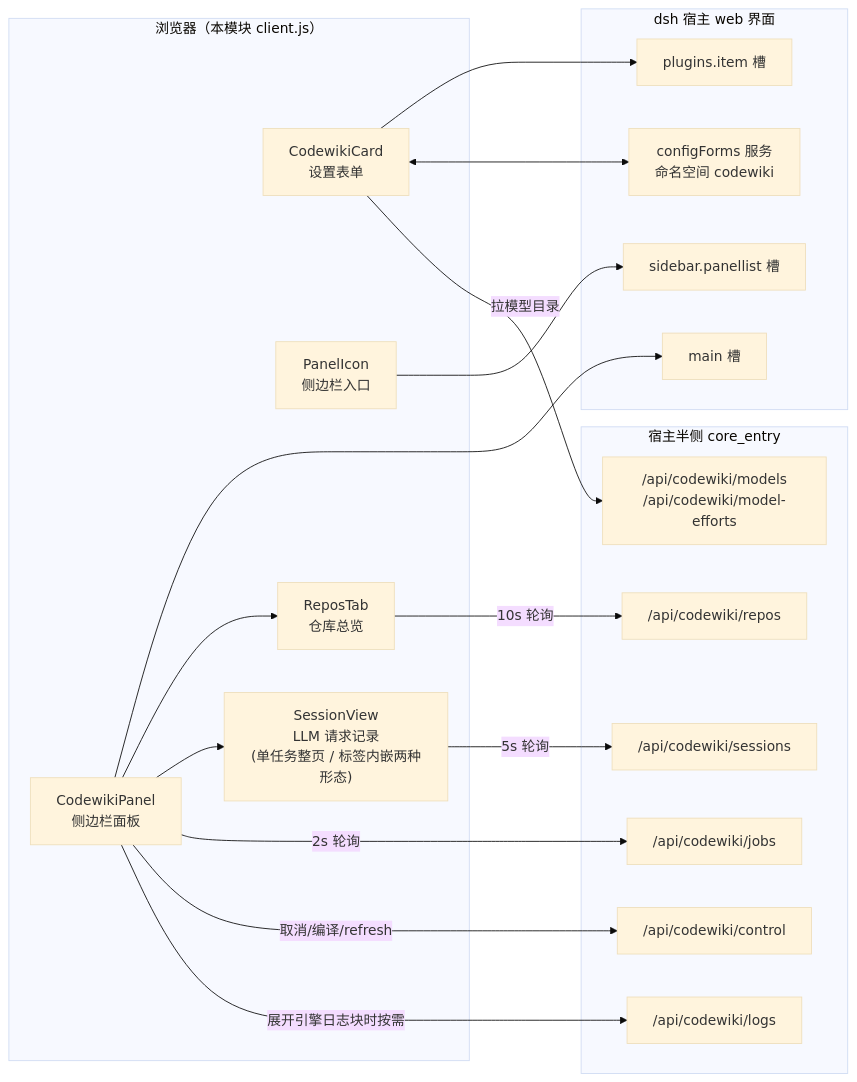
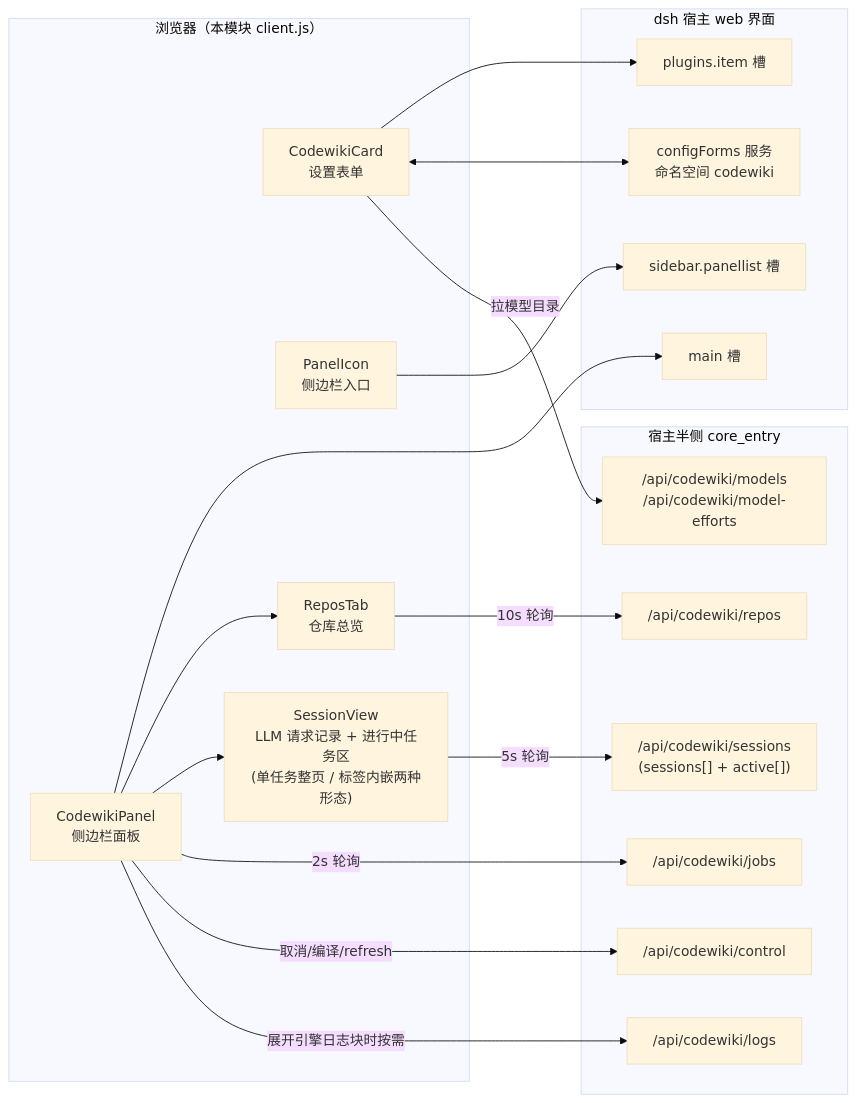
Before and after one commit to ikliml666/dsh-codewiki: the first of 5 diagrams in .codewiki/_native-state/docs/client_ui.md, drawn with Mermaid (base theme). The commit also changed other lines of this file and 10 other files, not shown here.

````diff
--- a/.codewiki/_native-state/docs/client_ui.md
+++ b/.codewiki/_native-state/docs/client_ui.md
@@ -12,36 +12,36 @@
 ```mermaid
 flowchart LR
     subgraph 浏览器半侧["浏览器（本模块 client.js）"]
         Card["CodewikiCard<br/>设置表单"]
         Panel["CodewikiPanel<br/>侧边栏面板"]
         Icon["PanelIcon<br/>侧边栏入口"]
         Repos["ReposTab<br/>仓库总览"]
-        Sess["SessionView<br/>LLM 请求记录<br/>(单任务整页 / 标签内嵌两种形态)"]
+        Sess["SessionView<br/>LLM 请求记录 + 进行中任务区<br/>(单任务整页 / 标签内嵌两种形态)"]
     end
     subgraph 宿主["dsh 宿主 web 界面"]
         SlotItem["plugins.item 槽"]
         SlotMain["main 槽"]
         SlotPanel["sidebar.panellist 槽"]
         Forms["configForms 服务<br/>命名空间 codewiki"]
     end
     subgraph 后端["宿主半侧 core_entry"]
         JobsEP["/api/codewiki/jobs"]
         CtrlEP["/api/codewiki/control"]
         ReposEP["/api/codewiki/repos"]
-        SessEP["/api/codewiki/sessions"]
+        SessEP["/api/codewiki/sessions<br/>(sessions[] + active[])"]
         ModelsEP["/api/codewiki/models<br/>/api/codewiki/model-efforts"]
         LogsEP["/api/codewiki/logs"]
     end
     Card --> SlotItem
     Panel --> SlotMain
     Icon --> SlotPanel
     Card <--> Forms
     Panel --> Repos
     Panel --> Sess
     Panel -- "2s 轮询" --> JobsEP
     Panel -- "取消/编译/refresh" --> CtrlEP
     Repos -- "10s 轮询" --> ReposEP
     Sess -- "5s 轮询" --> SessEP
     Card -- "拉模型目录" --> ModelsEP
     Panel -- "展开引擎日志块时按需" --> LogsEP
 ```
````
